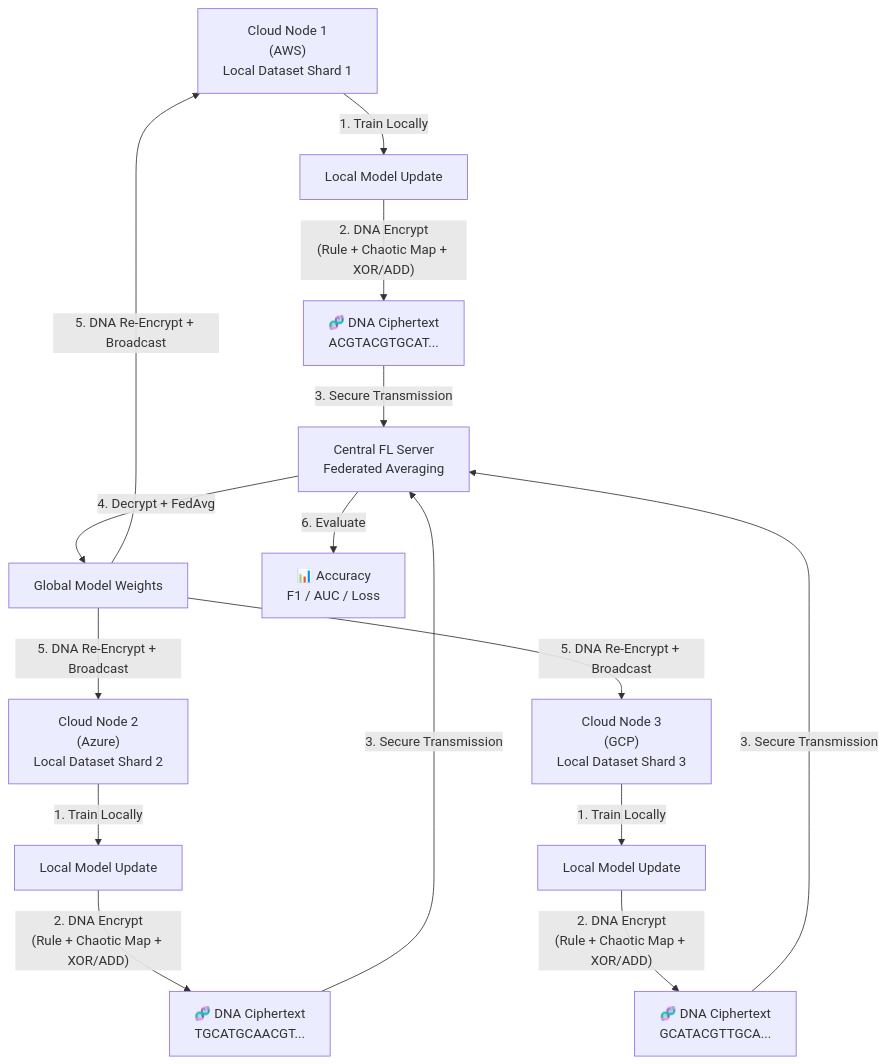
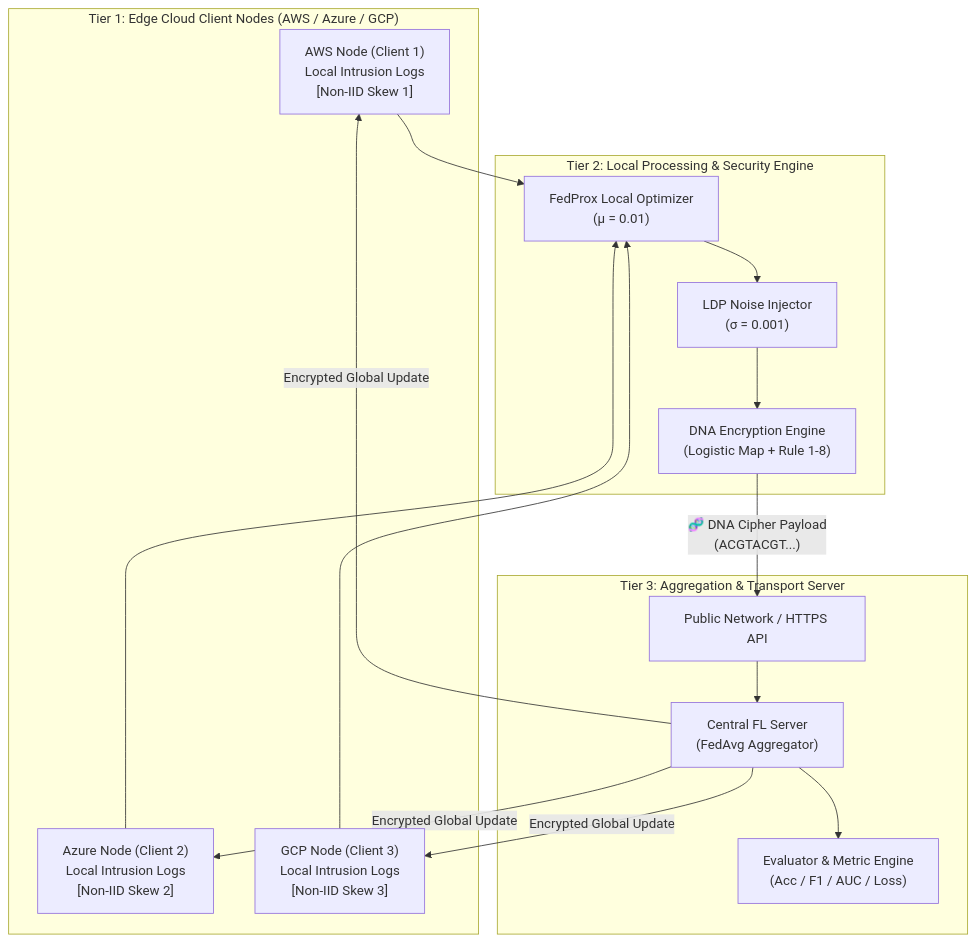
The first of 2 diagrams in project_report.md (Redmik40official/DNA-federated-learning), drawn with Mermaid before and after one commit. The commit also changed other lines of this file, not shown here.

````diff
--- a/project_report.md
+++ b/project_report.md
@@ -84,21 +174,27 @@
 ```mermaid
 flowchart TD
-    A["Cloud Node 1\n(AWS)\nLocal Dataset Shard 1"] -->|"1. Train Locally"| B["Local Model Update"]
-    C["Cloud Node 2\n(Azure)\nLocal Dataset Shard 2"] -->|"1. Train Locally"| D["Local Model Update"]
-    E["Cloud Node 3\n(GCP)\nLocal Dataset Shard 3"] -->|"1. Train Locally"| F["Local Model Update"]
+    subgraph Tier1 ["Tier 1: Edge Cloud Client Nodes (AWS / Azure / GCP)"]
+        A1["AWS Node (Client 1)\nLocal Intrusion Logs\n[Non-IID Skew 1]"]
+        A2["Azure Node (Client 2)\nLocal Intrusion Logs\n[Non-IID Skew 2]"]
+        A3["GCP Node (Client 3)\nLocal Intrusion Logs\n[Non-IID Skew 3]"]
+    end
 
-    B -->|"2. DNA Encrypt\n(Rule + Chaotic Map + XOR/ADD)"| G["🧬 DNA Ciphertext\nACGTACGTGCAT..."]
-    D -->|"2. DNA Encrypt\n(Rule + Chaotic Map + XOR/ADD)"| H["🧬 DNA Ciphertext\nTGCATGCAACGT..."]
-    F -->|"2. DNA Encrypt\n(Rule + Chaotic Map + XOR/ADD)"| I["🧬 DNA Ciphertext\nGCATACGTTGCA..."]
+    subgraph Tier2 ["Tier 2: Local Processing & Security Engine"]
+        B1["FedProx Local Optimizer\n(μ = 0.01)"]
+        B2["LDP Noise Injector\n(σ = 0.001)"]
+        B3["DNA Encryption Engine\n(Logistic Map + Rule 1-8)"]
+    end
 
-    G -->|"3. Secure Transmission"| J["Central FL Server\nFederated Averaging"]
-    H -->|"3. Secure Transmission"| J
-    I -->|"3. Secure Transmission"| J
+    subgraph Tier3 ["Tier 3: Aggregation & Transport Server"]
+        C1["Public Network / HTTPS API"]
+        C2["Central FL Server\n(FedAvg Aggregator)"]
+        C3["Evaluator & Metric Engine\n(Acc / F1 / AUC / Loss)"]
+    end
 
-    J -->|"4. Decrypt + FedAvg"| K["Global Model Weights"]
-    K -->|"5. DNA Re-Encrypt + Broadcast"| A
-    K -->|"5. DNA Re-Encrypt + Broadcast"| C
-    K -->|"5. DNA Re-Encrypt + Broadcast"| E
-
-    J -->|"6. Evaluate"| L["📊 Accuracy\nF1 / AUC / Loss"]
+    A1 & A2 & A3 --> B1
+    B1 --> B2 --> B3
+    B3 -->|"🧬 DNA Cipher Payload\n(ACGTACGT...)"| C1
+    C1 --> C2
+    C2 --> C3
+    C2 -->|"Encrypted Global Update"| A1 & A2 & A3
 ```
````
